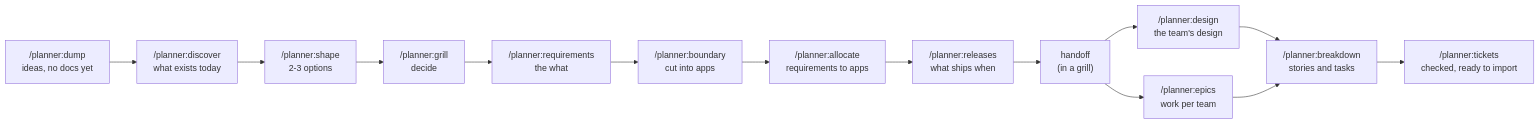
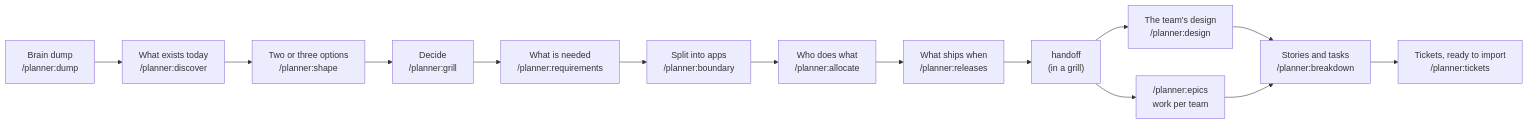
The second of 2 diagrams in docs/GUIDE.md (smalls257/vela), drawn with Mermaid before and after one commit. The commit also changed other lines of this file and 1 other file, not shown here.

First line of the commit message:
Guide: Vela user guide; the dashboard by one name, five views, grill/slice/tracer defined, team lead not senior, session order leads with the job, check codes lead with words

````diff
--- a/docs/GUIDE.md
+++ b/docs/GUIDE.md
@@ -96,16 +96,16 @@
 ```mermaid
 flowchart LR
-  A["/planner:dump<br/>ideas, no docs yet"] --> B["/planner:discover<br/>what exists today"]
-  B --> C["/planner:shape<br/>2-3 options"]
-  C --> D["/planner:grill<br/>decide"]
-  D --> E["/planner:requirements<br/>the what"]
-  E --> F["/planner:boundary<br/>cut into apps"]
-  F --> G["/planner:allocate<br/>requirements to apps"]
-  G --> H["/planner:releases<br/>what ships when"]
+  A["Brain dump<br/>/planner:dump"] --> B["What exists today<br/>/planner:discover"]
+  B --> C["Two or three options<br/>/planner:shape"]
+  C --> D["Decide<br/>/planner:grill"]
+  D --> E["What is needed<br/>/planner:requirements"]
+  E --> F["Split into apps<br/>/planner:boundary"]
+  F --> G["Who does what<br/>/planner:allocate"]
+  G --> H["What ships when<br/>/planner:releases"]
   H --> J["handoff<br/>(in a grill)"]
   J --> I["/planner:epics<br/>work per team"]
-  J --> K["/planner:design<br/>the team's design"]
-  K --> L["/planner:breakdown<br/>stories and tasks"]
+  J --> K["The team's design<br/>/planner:design"]
+  K --> L["Stories and tasks<br/>/planner:breakdown"]
   I --> L
-  L --> M["/planner:tickets<br/>checked, ready to import"]
+  L --> M["Tickets, ready to import<br/>/planner:tickets"]
 ```
````
